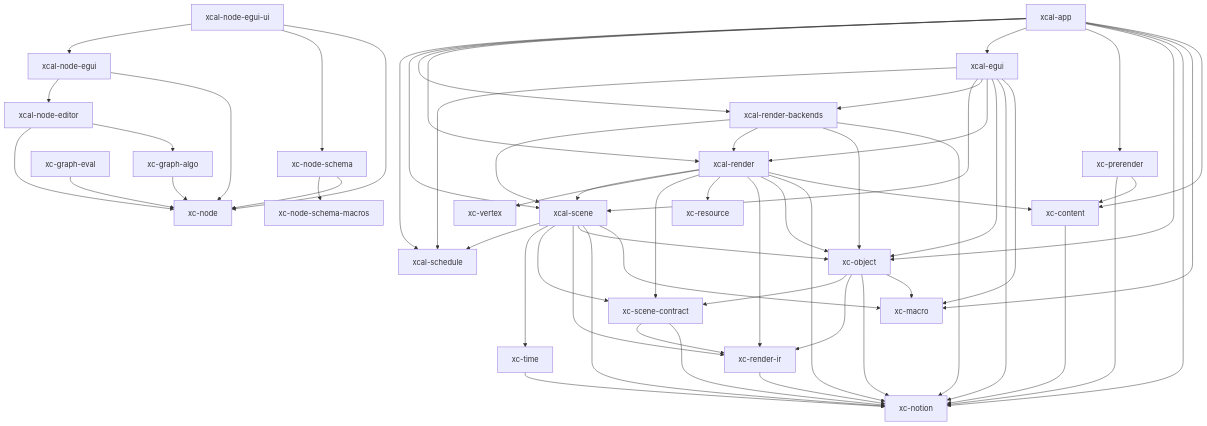
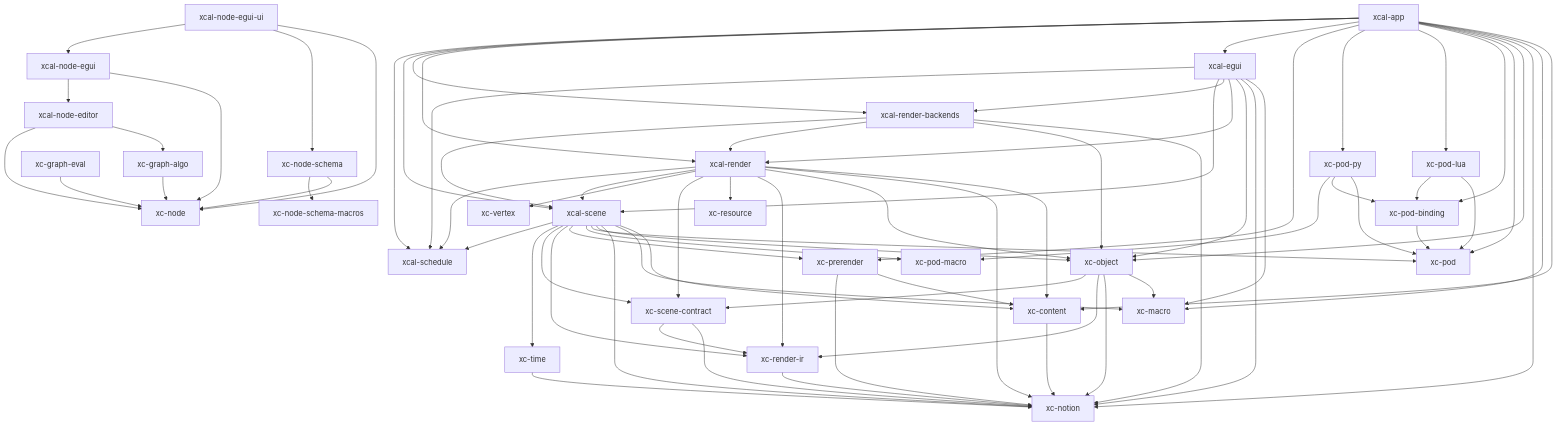
One commit to xcrtp/xcal-rs changed the diagram in workspace-analyzer.mmd. Above: the diagram before and after it, drawn with Mermaid. The commit also changed 6 other files, not shown here.

```diff
--- a/workspace-analyzer.mmd
+++ b/workspace-analyzer.mmd
@@ -1,60 +1,75 @@
 graph TD
     xc-content --> xc-notion
     xc-graph-algo --> xc-node
     xc-graph-eval --> xc-node
     xc-node-schema --> xc-node
     xc-node-schema --> xc-node-schema-macros
     xc-object --> xc-macro
     xc-object --> xc-notion
     xc-object --> xc-render-ir
     xc-object --> xc-scene-contract
+    xc-pod-binding --> xc-pod
+    xc-pod-lua --> xc-pod
+    xc-pod-lua --> xc-pod-binding
+    xc-pod-py --> xc-pod
+    xc-pod-py --> xc-pod-binding
+    xc-pod-py --> xc-pod-macro
     xc-prerender --> xc-content
     xc-prerender --> xc-notion
     xc-render-ir --> xc-notion
     xc-scene-contract --> xc-notion
     xc-scene-contract --> xc-render-ir
     xc-time --> xc-notion
     xcal-app --> xc-content
     xcal-app --> xc-macro
     xcal-app --> xc-notion
     xcal-app --> xc-object
+    xcal-app --> xc-pod
+    xcal-app --> xc-pod-binding
+    xcal-app --> xc-pod-lua
+    xcal-app --> xc-pod-py
     xcal-app --> xc-prerender
     xcal-app --> xcal-egui
     xcal-app --> xcal-render
     xcal-app --> xcal-render-backends
     xcal-app --> xcal-scene
     xcal-app --> xcal-schedule
     xcal-egui --> xc-macro
     xcal-egui --> xc-notion
     xcal-egui --> xc-object
     xcal-egui --> xcal-render
     xcal-egui --> xcal-render-backends
     xcal-egui --> xcal-scene
     xcal-egui --> xcal-schedule
     xcal-node-editor --> xc-graph-algo
     xcal-node-editor --> xc-node
     xcal-node-egui --> xc-node
     xcal-node-egui --> xcal-node-editor
     xcal-node-egui-ui --> xc-node
     xcal-node-egui-ui --> xc-node-schema
     xcal-node-egui-ui --> xcal-node-egui
     xcal-render --> xc-content
     xcal-render --> xc-notion
     xcal-render --> xc-object
     xcal-render --> xc-render-ir
     xcal-render --> xc-resource
     xcal-render --> xc-scene-contract
     xcal-render --> xc-vertex
     xcal-render --> xcal-scene
+    xcal-render --> xcal-schedule
     xcal-render-backends --> xc-notion
     xcal-render-backends --> xc-object
     xcal-render-backends --> xcal-render
     xcal-render-backends --> xcal-scene
+    xcal-scene --> xc-content
     xcal-scene --> xc-macro
     xcal-scene --> xc-notion
     xcal-scene --> xc-object
+    xcal-scene --> xc-pod
+    xcal-scene --> xc-pod-macro
+    xcal-scene --> xc-prerender
     xcal-scene --> xc-render-ir
     xcal-scene --> xc-scene-contract
     xcal-scene --> xc-time
     xcal-scene --> xcal-schedule
 classDef red stroke:#ff0000,stroke-width:2px;
```
